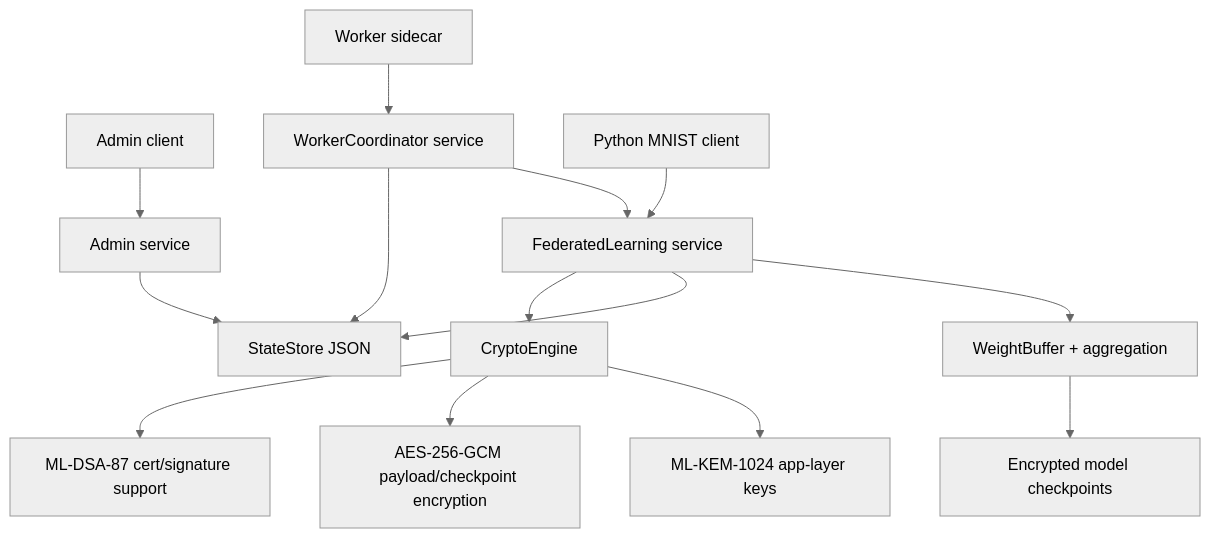
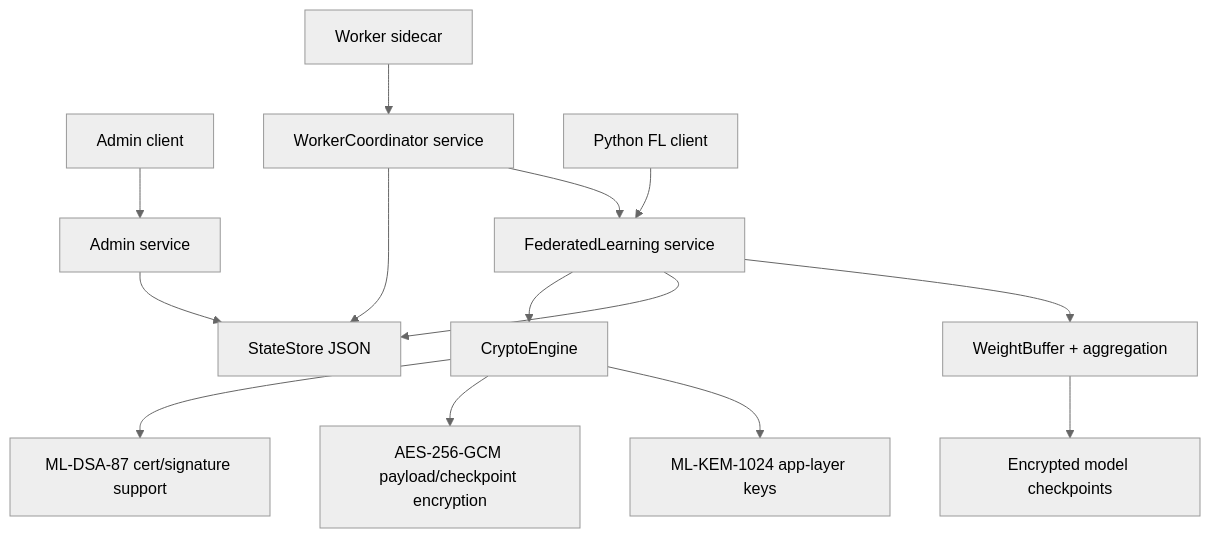
The diagram in README.md (Sujithb128989/PQ-FL), drawn with Mermaid (neutral theme) before and after one commit. The commit also changed other lines of this file and 17 other files, not shown here.

Commit message:
feat: complete PQ-FL E2E integration with generic Python FL client

````diff
--- a/README.md
+++ b/README.md
@@ -36,16 +53,16 @@
 ```mermaid
 graph TD
     A["Admin client"] --> B["Admin service"]
     W["Worker sidecar"] --> C["WorkerCoordinator service"]
-    M["Python MNIST client"] --> D["FederatedLearning service"]
+    M["Python FL client"] --> D["FederatedLearning service"]
     C --> D
     D --> E["WeightBuffer + aggregation"]
     D --> F["StateStore JSON"]
     C --> F
     B --> F
     E --> G["Encrypted model checkpoints"]
     D --> H["CryptoEngine"]
     H --> I["ML-KEM-1024 app-layer keys"]
     H --> J["AES-256-GCM payload/checkpoint encryption"]
     H --> K["ML-DSA-87 cert/signature support"]
 ```
````
